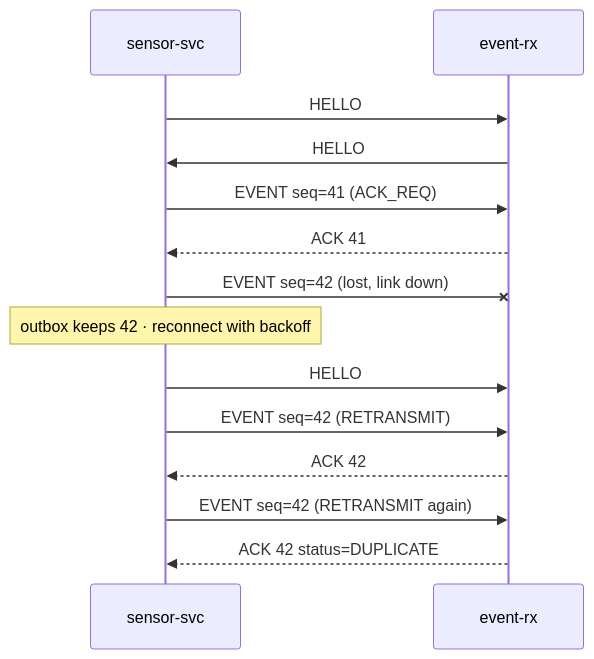
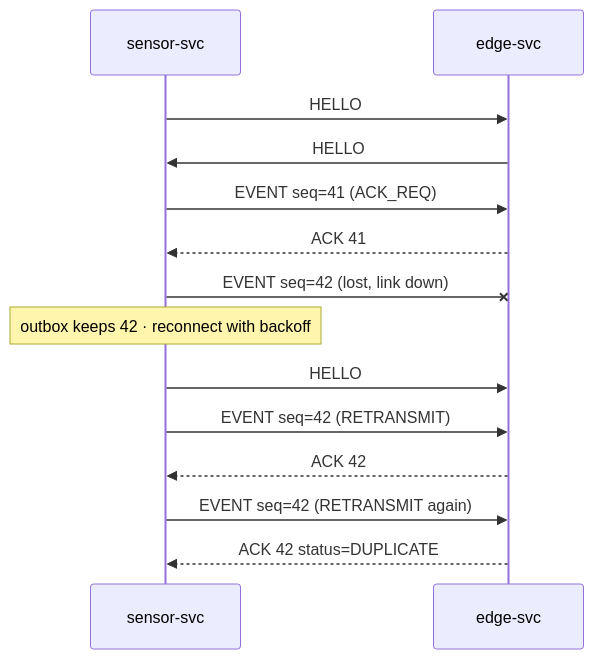
The diagram in projects/stm32mp257f-dk_jetson-nano/docs/protocol.md (KaithanNguyen/embedded-linux-roadmap), drawn with Mermaid before and after one commit. The commit also changed other lines of this file and 28 other files, not shown here.

````diff
--- a/projects/stm32mp257f-dk_jetson-nano/docs/protocol.md
+++ b/projects/stm32mp257f-dk_jetson-nano/docs/protocol.md
@@ -53,16 +61,16 @@
 ```mermaid
 sequenceDiagram
   participant S as sensor-svc
-  participant R as event-rx
+  participant R as edge-svc
   S->>R: HELLO
   R->>S: HELLO
   S->>R: EVENT seq=41 (ACK_REQ)
   R-->>S: ACK 41
   S-xR: EVENT seq=42 (lost, link down)
   Note over S: outbox keeps 42 · reconnect with backoff
   S->>R: HELLO
   S->>R: EVENT seq=42 (RETRANSMIT)
   R-->>S: ACK 42
   S->>R: EVENT seq=42 (RETRANSMIT again)
   R-->>S: ACK 42 status=DUPLICATE
 ```
````
